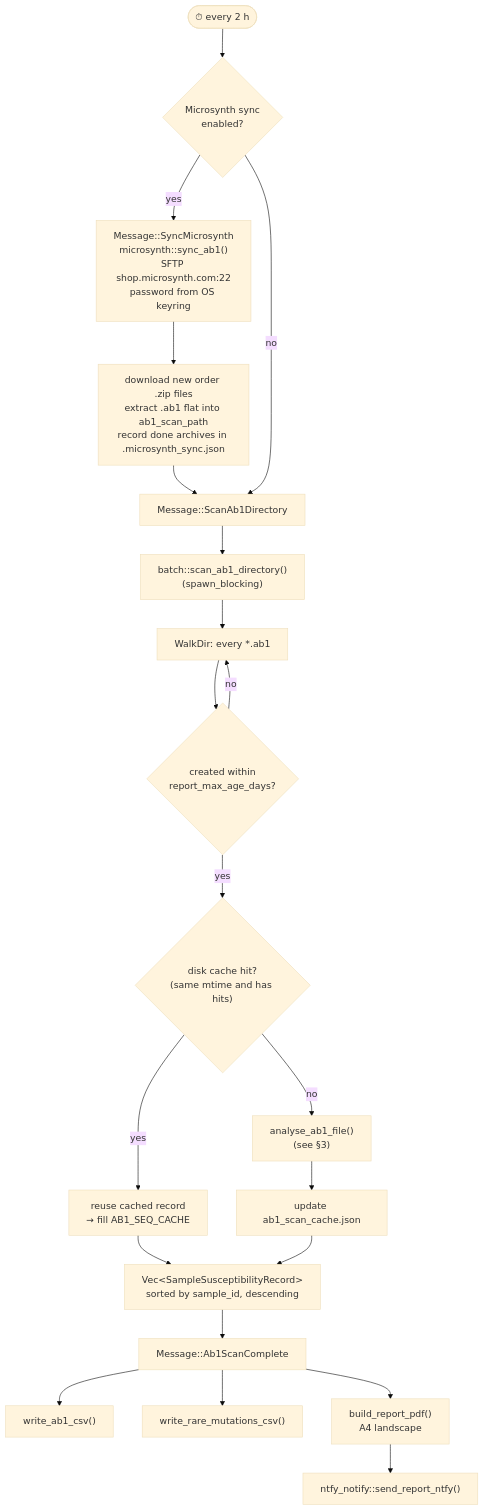
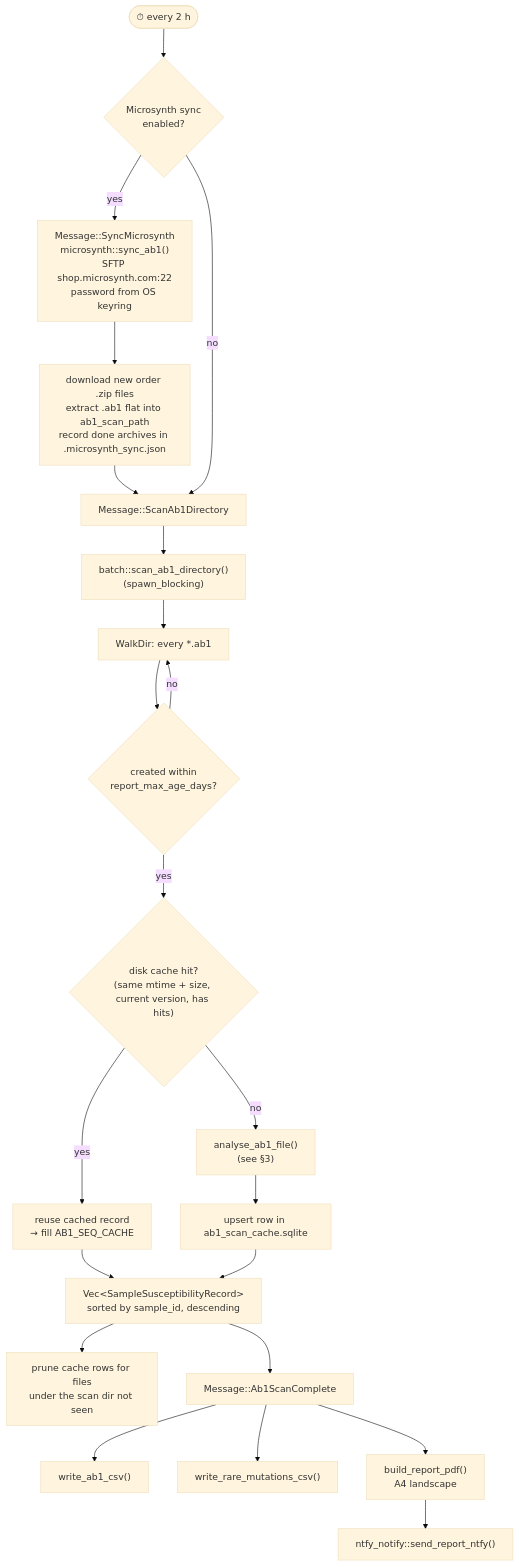
One commit to michaelmeuli/cosmic-files changed the second of 6 diagrams in src/sequencing/README.md. Above: the diagram before and after it, drawn with Mermaid (base theme). The commit also changed other lines of this file and 10 other files, not shown here.

First line of the commit message:
Move AB1 disk cache from JSON to SQLite and slim cached records

````diff
--- a/src/sequencing/README.md
+++ b/src/sequencing/README.md
@@ -70,25 +71,26 @@
 ```mermaid
 flowchart TD
     T(["⏱ every 2 h"]) --> Q{Microsynth sync<br/>enabled?}
     Q -- yes --> S["Message::SyncMicrosynth<br/>microsynth::sync_ab1()<br/>SFTP shop.microsynth.com:22<br/>password from OS keyring"]
     S --> Z["download new order .zip files<br/>extract .ab1 flat into ab1_scan_path<br/>record done archives in .microsynth_sync.json"]
     Z --> SC
     Q -- no --> SC["Message::ScanAb1Directory"]
 
     SC --> W["batch::scan_ab1_directory()<br/>(spawn_blocking)"]
     W --> L["WalkDir: every *.ab1"]
     L --> AGE{"created within<br/>report_max_age_days?"}
     AGE -- no --> L
-    AGE -- yes --> C{"disk cache hit?<br/>(same mtime and has hits)"}
+    AGE -- yes --> C{"disk cache hit?<br/>(same mtime + size, current version, has hits)"}
     C -- yes --> R1["reuse cached record<br/>→ fill AB1_SEQ_CACHE"]
     C -- no --> A["analyse_ab1_file()<br/>(see §3)"]
-    A --> DC["update ab1_scan_cache.json"]
+    A --> DC["upsert row in ab1_scan_cache.sqlite"]
     R1 --> REC
     DC --> REC["Vec&lt;SampleSusceptibilityRecord&gt;<br/>sorted by sample_id, descending"]
+    REC --> PR["prune cache rows for files<br/>under the scan dir not seen"]
 
     REC --> DONE["Message::Ab1ScanComplete"]
     DONE --> CSV["write_ab1_csv()"]
     DONE --> RARE["write_rare_mutations_csv()"]
     DONE --> PDF["build_report_pdf()<br/>A4 landscape"]
     PDF --> N["ntfy_notify::send_report_ntfy()"]
 ```
````
